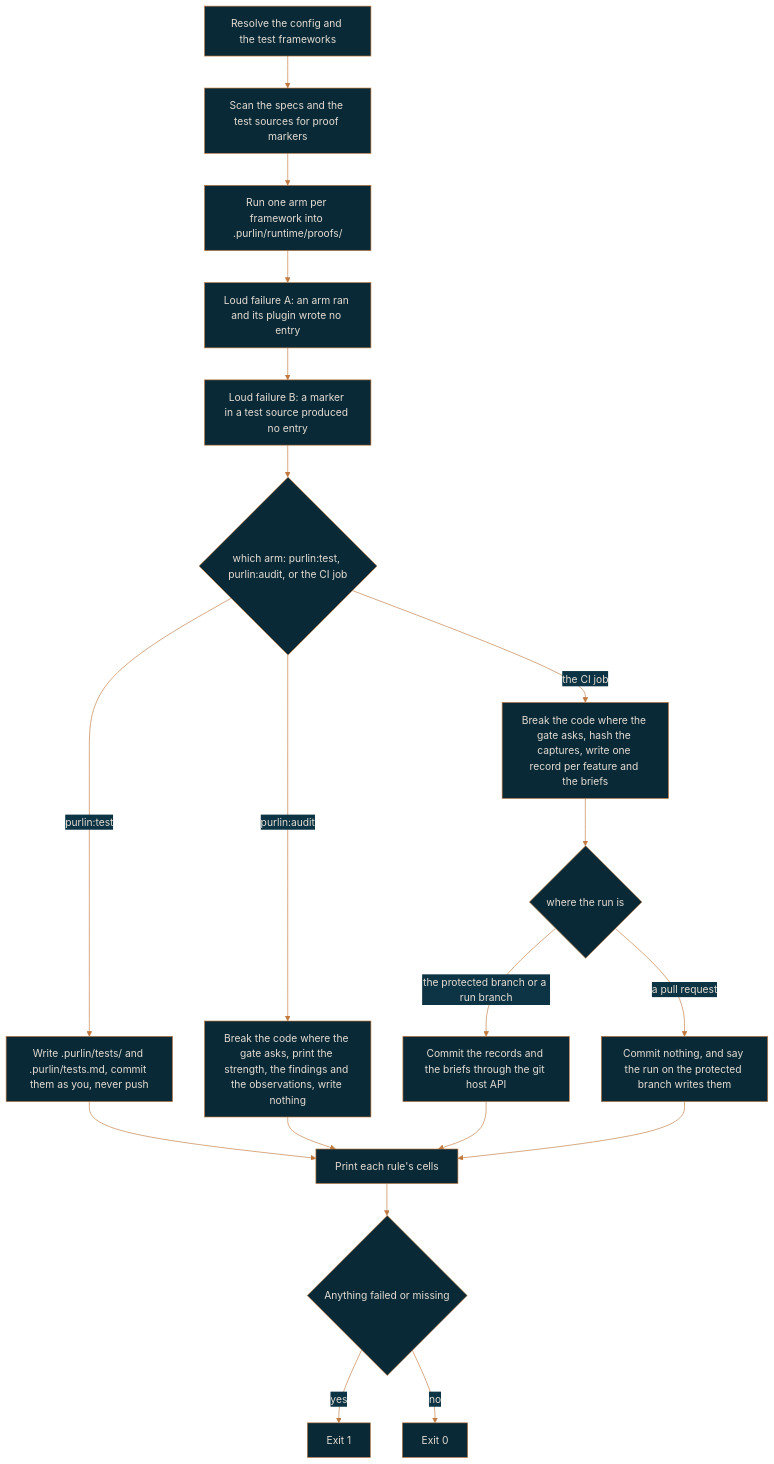
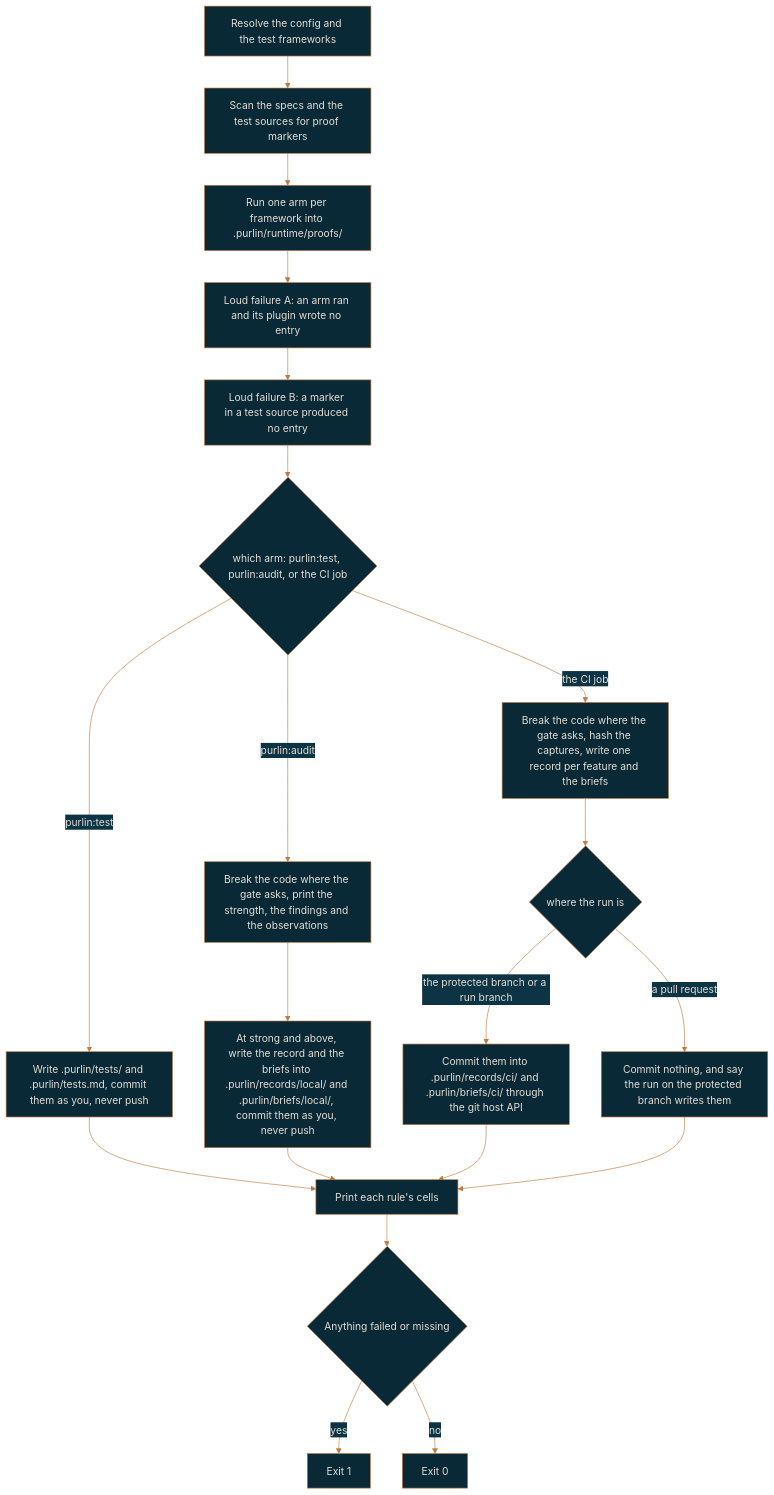
Before and after one commit to rlabarca/purlin: the diagram in docs/running-and-records.md, drawn with Mermaid. The commit also changed other lines of this file and 9 other files, not shown here.

````diff
--- a/docs/running-and-records.md
+++ b/docs/running-and-records.md
@@ -85,22 +100,23 @@
 ```mermaid
 %%{init: {"theme": "base", "themeVariables": {"background": "#0C3444", "primaryColor": "#092936", "primaryTextColor": "#E4DDD4", "primaryBorderColor": "#C0793F", "lineColor": "#C0793F", "secondaryColor": "#0C3444", "tertiaryColor": "#092936", "fontFamily": "Arial", "textColor": "#E4DDD4"}}}%%
 flowchart TD
   A[Resolve the config and the test frameworks] --> B[Scan the specs and the test sources for proof markers]
   B --> C[Run one arm per framework into .purlin/runtime/proofs/]
   C --> D[Loud failure A: an arm ran and its plugin wrote no entry]
   D --> E[Loud failure B: a marker in a test source produced no entry]
   E --> F{"which arm: purlin:test, purlin:audit, or the CI job"}
   F -- "purlin:test" --> T1["Write .purlin/tests/ and .purlin/tests.md, commit them as you, never push"]
-  F -- "purlin:audit" --> A1["Break the code where the gate asks, print the strength, the findings and the observations, write nothing"]
+  F -- "purlin:audit" --> A1["Break the code where the gate asks, print the strength, the findings and the observations"]
+  A1 --> A2["At strong and above, write the record and the briefs into .purlin/records/local/ and .purlin/briefs/local/, commit them as you, never push"]
   F -- "the CI job" --> H["Break the code where the gate asks, hash the captures, write one record per feature and the briefs"]
   H --> Ci{"where the run is"}
-  Ci -->|"the protected branch or a run branch"| I2["Commit the records and the briefs through the git host API"]
+  Ci -->|"the protected branch or a run branch"| I2["Commit them into .purlin/records/ci/ and .purlin/briefs/ci/ through the git host API"]
   Ci -->|"a pull request"| I3["Commit nothing, and say the run on the protected branch writes them"]
   T1 --> G["Print each rule's cells"]
-  A1 --> G
+  A2 --> G
   I2 --> G
   I3 --> G
   G --> J{Anything failed or missing}
   J -- yes --> K[Exit 1]
   J -- no --> L[Exit 0]
 ```
````
